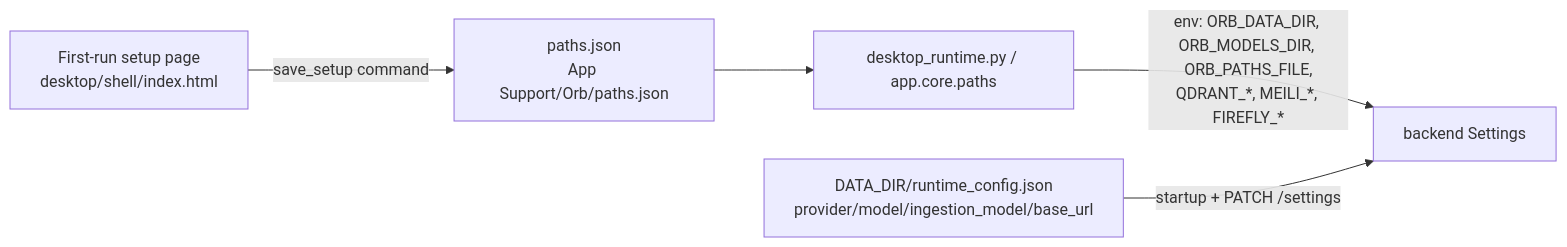
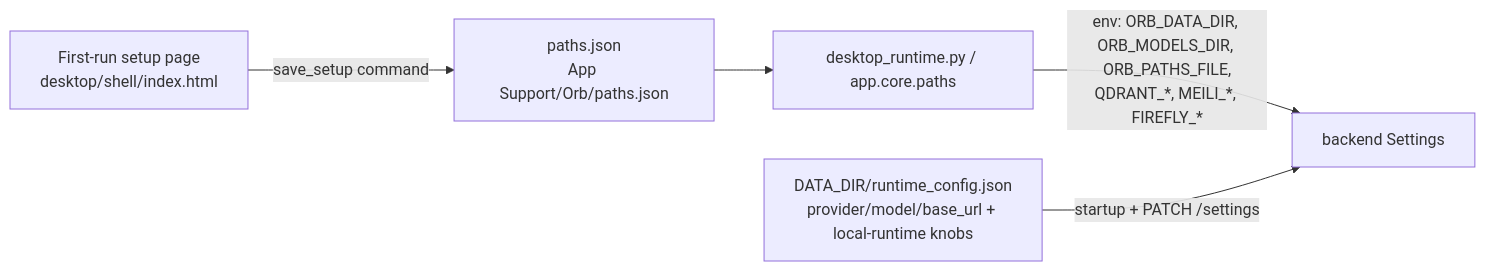
One commit to josetseph/Orb changed the second of 4 diagrams in Docs/02-system-architecture.md. Above: the diagram before and after it, drawn with Mermaid. The commit also changed other lines of this file and 21 other files, not shown here.

First line of the commit message:
Run ingestion on the selected model; delete the hidden ingestion-only settings.

````diff
--- a/Docs/02-system-architecture.md
+++ b/Docs/02-system-architecture.md
@@ -64,7 +64,7 @@
 ```mermaid
 flowchart LR
   W[First-run setup page<br/>desktop/shell/index.html] -->|save_setup command| PJ[paths.json<br/>App Support/Orb/paths.json]
   PJ --> SUP[desktop_runtime.py / app.core.paths]
   SUP -->|env: ORB_DATA_DIR, ORB_MODELS_DIR, ORB_PATHS_FILE,<br/>QDRANT_*, MEILI_*, FIREFLY_*| API[backend Settings]
-  RC[DATA_DIR/runtime_config.json<br/>provider/model/ingestion_model/base_url] -->|startup + PATCH /settings| API
+  RC[DATA_DIR/runtime_config.json<br/>provider/model/base_url + local-runtime knobs] -->|startup + PATCH /settings| API
 ```
````
